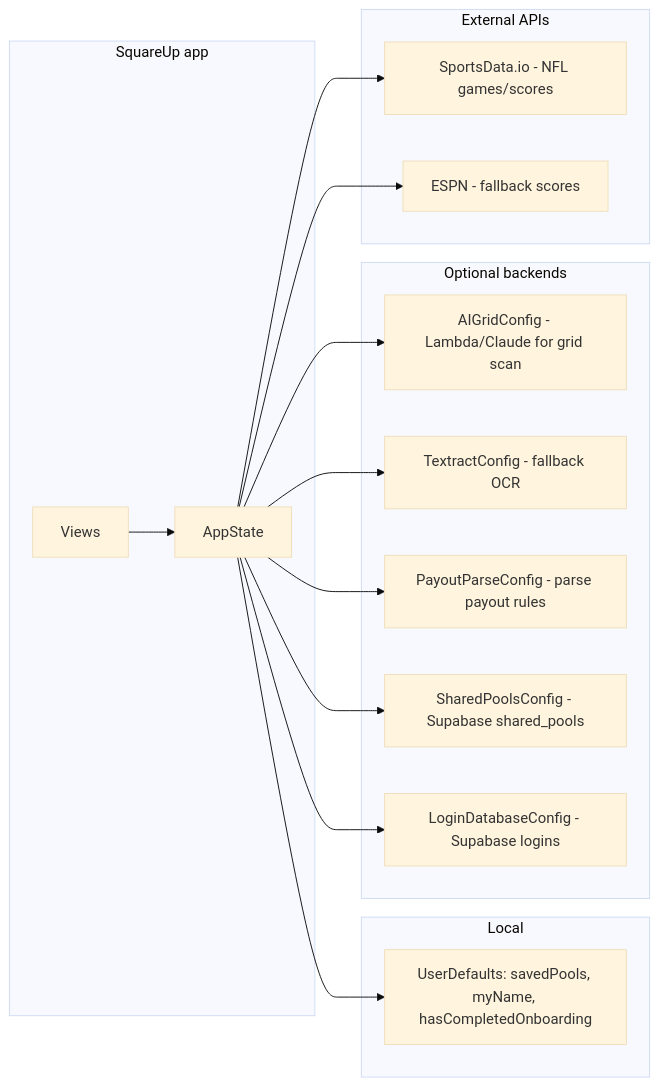
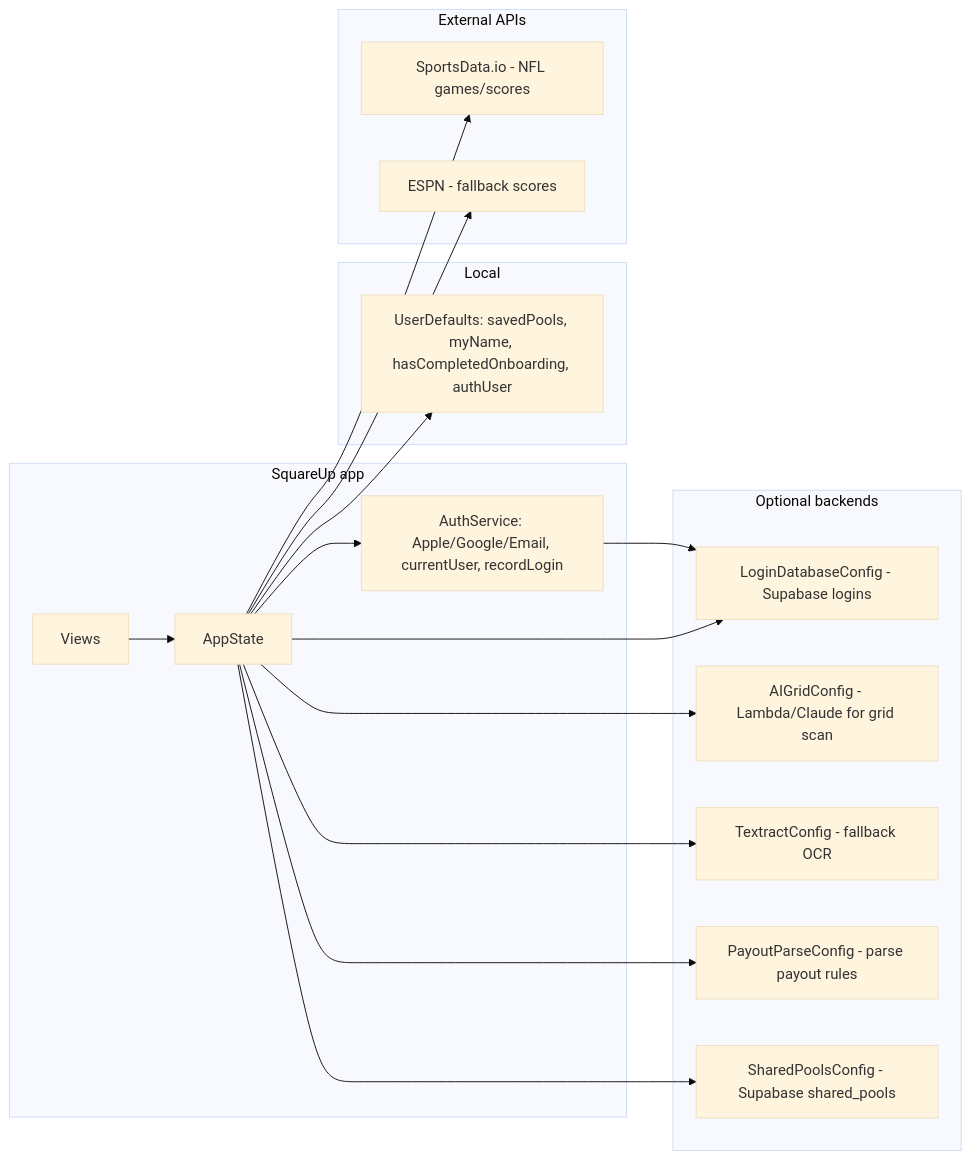
One commit to mcapace/superbowlbox changed diagram 11 of 12 in docs/APP_FLOW.md. Above: the diagram before and after it, drawn with Mermaid (base theme). The commit also changed other lines of this file and 7 other files, not shown here.

First line of the commit message:
Docs: auth (Apple/Google/Email), schemas, flowcharts, UX

````diff
--- a/docs/APP_FLOW.md
+++ b/docs/APP_FLOW.md
@@ -233,30 +235,33 @@
 ```mermaid
 flowchart LR
     subgraph App["SquareUp app"]
         UI[Views]
         AS[AppState]
+        AUTH[AuthService: Apple/Google/Email, currentUser, recordLogin]
         UI --> AS
+        AS --> AUTH
     end
     subgraph Local["Local"]
-        UD[UserDefaults: savedPools, myName, hasCompletedOnboarding]
+        UD[UserDefaults: savedPools, myName, hasCompletedOnboarding, authUser]
         AS --> UD
     end
+    AUTH --> LD
     subgraph Backends["Optional backends"]
         AI[AIGridConfig - Lambda/Claude for grid scan]
         TX[TextractConfig - fallback OCR]
         PP[PayoutParseConfig - parse payout rules]
         SP[SharedPoolsConfig - Supabase shared_pools]
         LD[LoginDatabaseConfig - Supabase logins]
     end
     subgraph External["External APIs"]
         SD[SportsData.io - NFL games/scores]
         ESPN[ESPN - fallback scores]
     end
     AS --> AI
     AS --> TX
     AS --> PP
     AS --> SP
     AS --> LD
     AS --> SD
     AS --> ESPN
 ```
````
